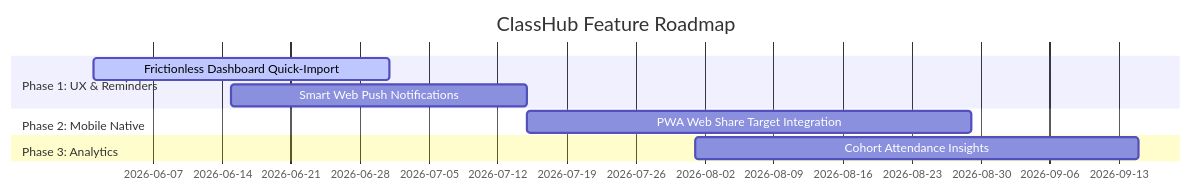
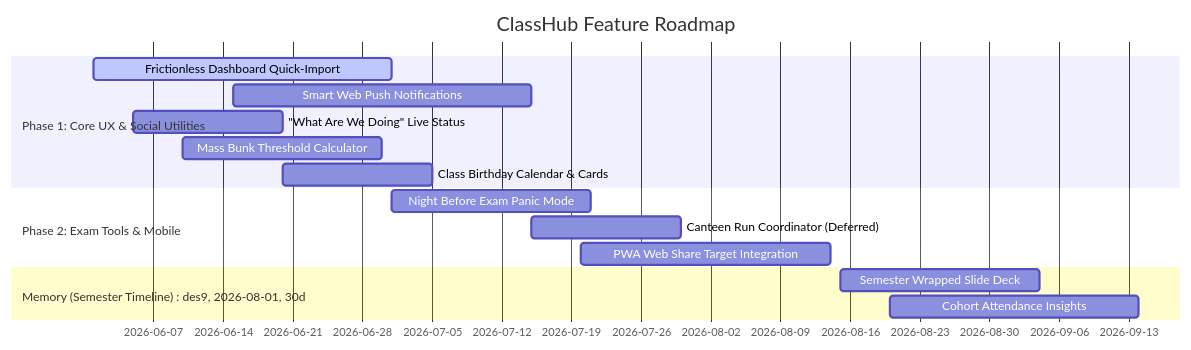
Before and after one commit to Hanu2908/ClassHub: the diagram in docs/roadmap.md, drawn with Mermaid. The commit also changed other lines of this file and 4 other files, not shown here.

````diff
--- a/docs/roadmap.md
+++ b/docs/roadmap.md
@@ -9,12 +9,19 @@
 ```mermaid
 gantt
     title ClassHub Feature Roadmap
     dateFormat  YYYY-MM-DD
-    section Phase 1: UX & Reminders
+    section Phase 1: Core UX & Social Utilities
     Frictionless Dashboard Quick-Import :active, des1, 2026-06-01, 30d
     Smart Web Push Notifications        :      des2, 2026-06-15, 30d
-    section Phase 2: Mobile Native
-    PWA Web Share Target Integration    :      des3, 2026-07-15, 45d
-    section Phase 3: Analytics
-    Cohort Attendance Insights          :      des4, 2026-08-01, 45d
+    "What Are We Doing" Live Status     :      des3, 2026-06-05, 15d
+    Mass Bunk Threshold Calculator      :      des4, 2026-06-10, 20d
+    Class Birthday Calendar & Cards     :      des5, 2026-06-20, 15d
+    section Phase 2: Exam Tools & Mobile
+    Night Before Exam Panic Mode        :      des6, 2026-07-01, 20d
+    Canteen Run Coordinator (Deferred)  :      des7, 2026-07-15, 15d
+    PWA Web Share Target Integration    :      des8, 2026-07-20, 25d
+    section Phase 3: Analytics & Memories
+    Section Memory (Semester Timeline)  :      des9, 2026-08-01, 30d
+    Semester Wrapped Slide Deck         :      des10, 2026-08-15, 20d
+    Cohort Attendance Insights          :      des11, 2026-08-20, 25d
 ```
````
